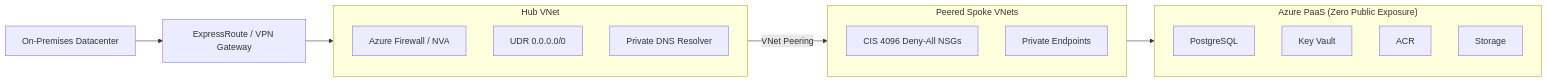
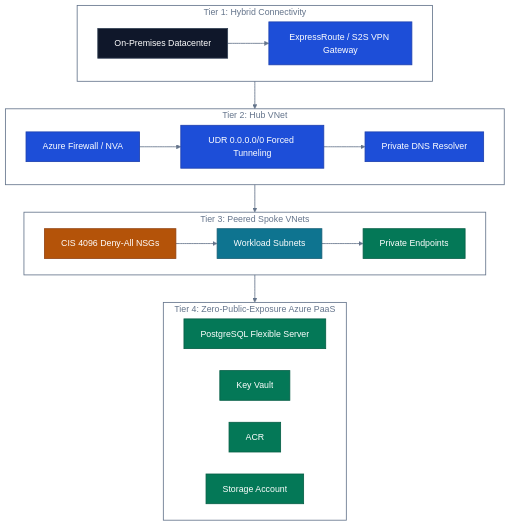
Before and after one commit to rahulgoyaldevops/azure-caf-landing-zone-terraform: the diagram in README.md, drawn with Mermaid.

````diff
--- a/README.md
+++ b/README.md
@@ -49,30 +49,48 @@
 ```mermaid
-flowchart LR
-    ONPREM["On-Premises Datacenter"] --> GW["ExpressRoute / VPN Gateway"]
-    GW --> HUB
+%%{init: {'theme': 'base', 'flowchart': {'curve': 'basis', 'nodeSpacing': 40, 'rankSpacing': 50}}}%%
+flowchart TB
+  subgraph T1["Tier 1: Hybrid Connectivity"]
+    direction LR
+    ONPREM["On-Premises Datacenter"] --> GW["ExpressRoute / S2S VPN Gateway"]
+  end
 
-    subgraph HUB["Hub VNet"]
-        direction TB
-        FW["Azure Firewall / NVA"]
-        UDR["UDR 0.0.0.0/0"]
-        DNS["Private DNS Resolver"]
-    end
+  subgraph T2["Tier 2: Hub VNet"]
+    direction LR
+    FW["Azure Firewall / NVA"] --> UDR["UDR 0.0.0.0/0 Forced Tunneling"] --> DNS["Private DNS Resolver"]
+  end
 
-    HUB -->|VNet Peering| SPOKE
+  subgraph T3["Tier 3: Peered Spoke VNets"]
+    direction LR
+    NSG["CIS 4096 Deny-All NSGs"] --> SUB["Workload Subnets"] --> PE["Private Endpoints"]
+  end
 
-    subgraph SPOKE["Peered Spoke VNets"]
-        direction TB
-        NSG["CIS 4096 Deny-All NSGs"]
-        PE["Private Endpoints"]
-    end
+  subgraph T4["Tier 4: Zero-Public-Exposure Azure PaaS"]
+    direction LR
+    PG["PostgreSQL Flexible Server"]
+    KV["Key Vault"]
+    ACR["ACR"]
+    ST["Storage Account"]
+  end
 
-    PE --> PAAS
+  T1 --> T2
+  T2 --> T3
+  T3 --> T4
+  linkStyle default stroke:#64748B,stroke-width:1.5px
 
-    subgraph PAAS["Azure PaaS (Zero Public Exposure)"]
-        direction TB
-        PG["PostgreSQL"]
-        KV["Key Vault"]
-        ACR["ACR"]
-        ST["Storage"]
-    end
+  classDef cobalt fill:#1D4ED8,stroke:#1E40AF,color:#FFFFFF,stroke-width:1.5px
+  classDef slate fill:#0F172A,stroke:#334155,color:#FFFFFF,stroke-width:1.5px
+  classDef emerald fill:#047857,stroke:#065F46,color:#FFFFFF,stroke-width:1.5px
+  classDef teal fill:#0E7490,stroke:#155E75,color:#FFFFFF,stroke-width:1.5px
+  classDef amber fill:#B45309,stroke:#92400E,color:#FFFFFF,stroke-width:1.5px
+
+  class ONPREM slate
+  class GW,FW,UDR,DNS cobalt
+  class NSG amber
+  class SUB teal
+  class PE,PG,KV,ACR,ST emerald
+
+  style T1 fill:transparent,stroke:#64748B,stroke-width:1.5px,color:#64748B
+  style T2 fill:transparent,stroke:#64748B,stroke-width:1.5px,color:#64748B
+  style T3 fill:transparent,stroke:#64748B,stroke-width:1.5px,color:#64748B
+  style T4 fill:transparent,stroke:#64748B,stroke-width:1.5px,color:#64748B
 ```
````
